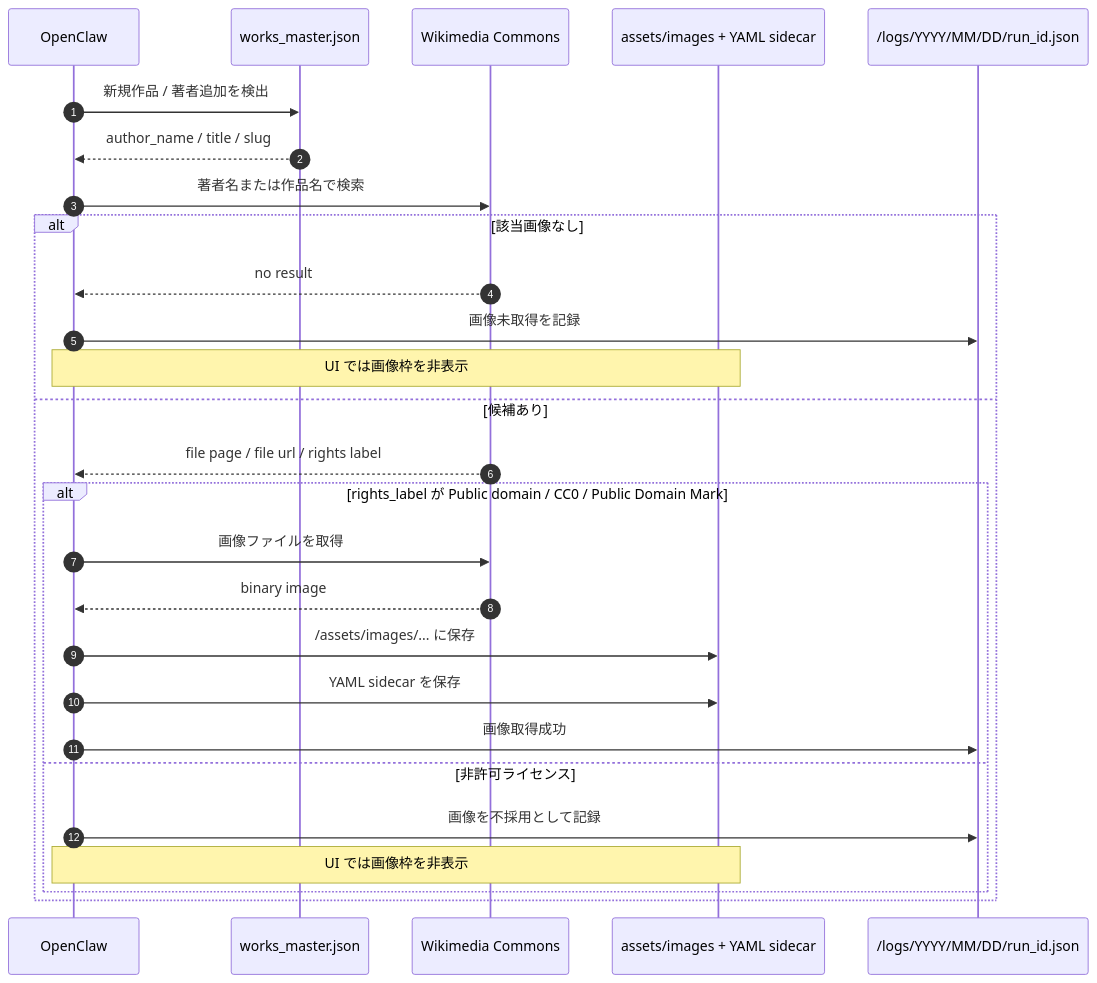
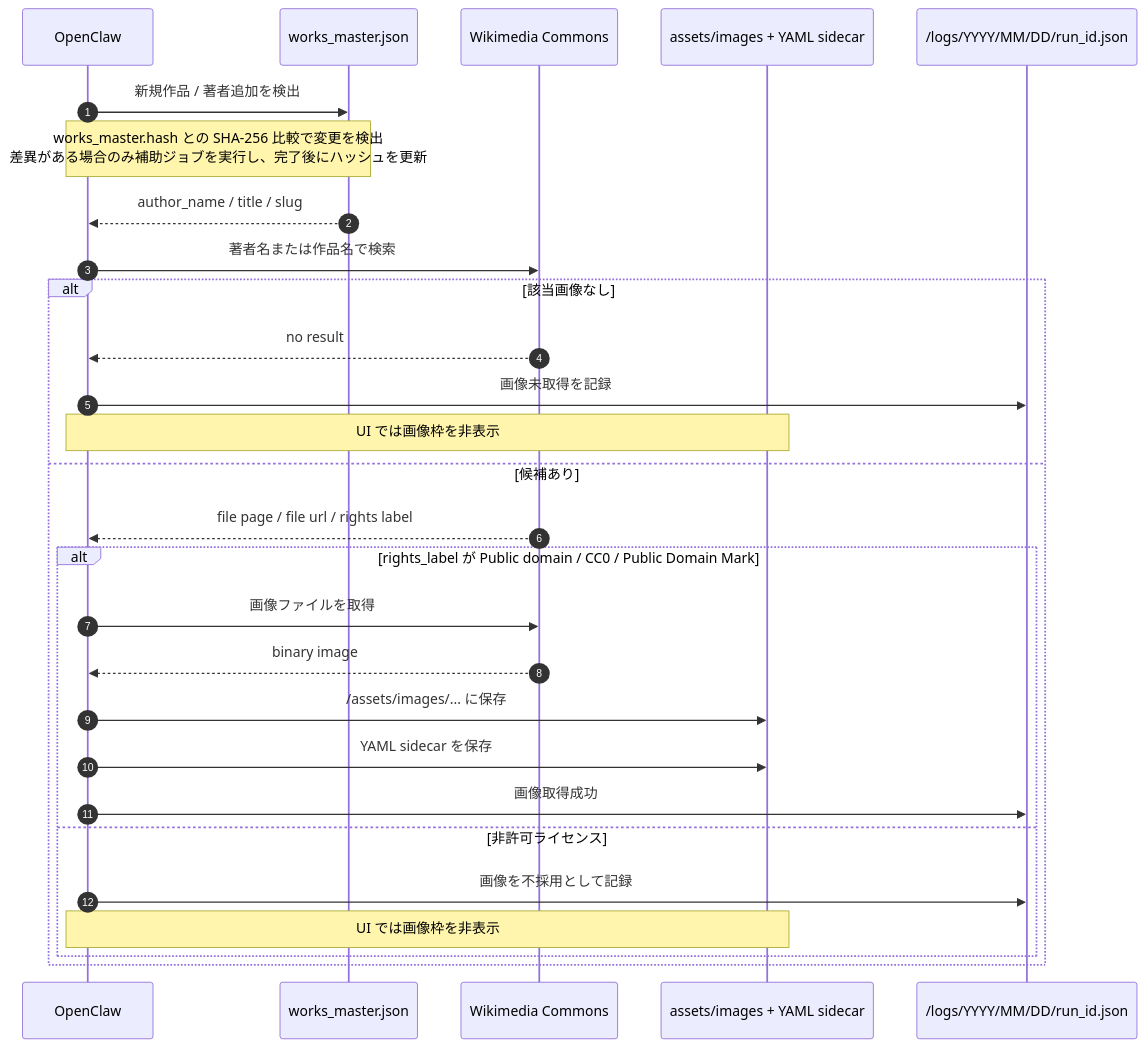
One commit to garyohosu/WorldClassicsJP changed the sixth of 6 diagrams in sequence.md. Above: the diagram before and after it, drawn with Mermaid. The commit also changed other lines of this file and 11 other files, not shown here.

````diff
--- a/sequence.md
+++ b/sequence.md
@@ -265,31 +266,32 @@
 ```mermaid
 sequenceDiagram
     autonumber
     participant OC as OpenClaw
     participant WM as works_master.json
     participant WIKI as Wikimedia Commons
     participant FS as assets/images + YAML sidecar
     participant LOG as /logs/YYYY/MM/DD/run_id.json
 
     OC->>WM: 新規作品 / 著者追加を検出
+    Note over OC,WM: works_master.hash との SHA-256 比較で変更を検出<br/>差異がある場合のみ補助ジョブを実行し、完了後にハッシュを更新
     WM-->>OC: author_name / title / slug
     OC->>WIKI: 著者名または作品名で検索
 
     alt 該当画像なし
         WIKI-->>OC: no result
         OC->>LOG: 画像未取得を記録
         Note over OC,FS: UI では画像枠を非表示
     else 候補あり
         WIKI-->>OC: file page / file url / rights label
         alt rights_label が Public domain / CC0 / Public Domain Mark
             OC->>WIKI: 画像ファイルを取得
             WIKI-->>OC: binary image
             OC->>FS: /assets/images/... に保存
             OC->>FS: YAML sidecar を保存
             OC->>LOG: 画像取得成功
         else 非許可ライセンス
             OC->>LOG: 画像を不採用として記録
             Note over OC,FS: UI では画像枠を非表示
         end
     end
 ```
````
